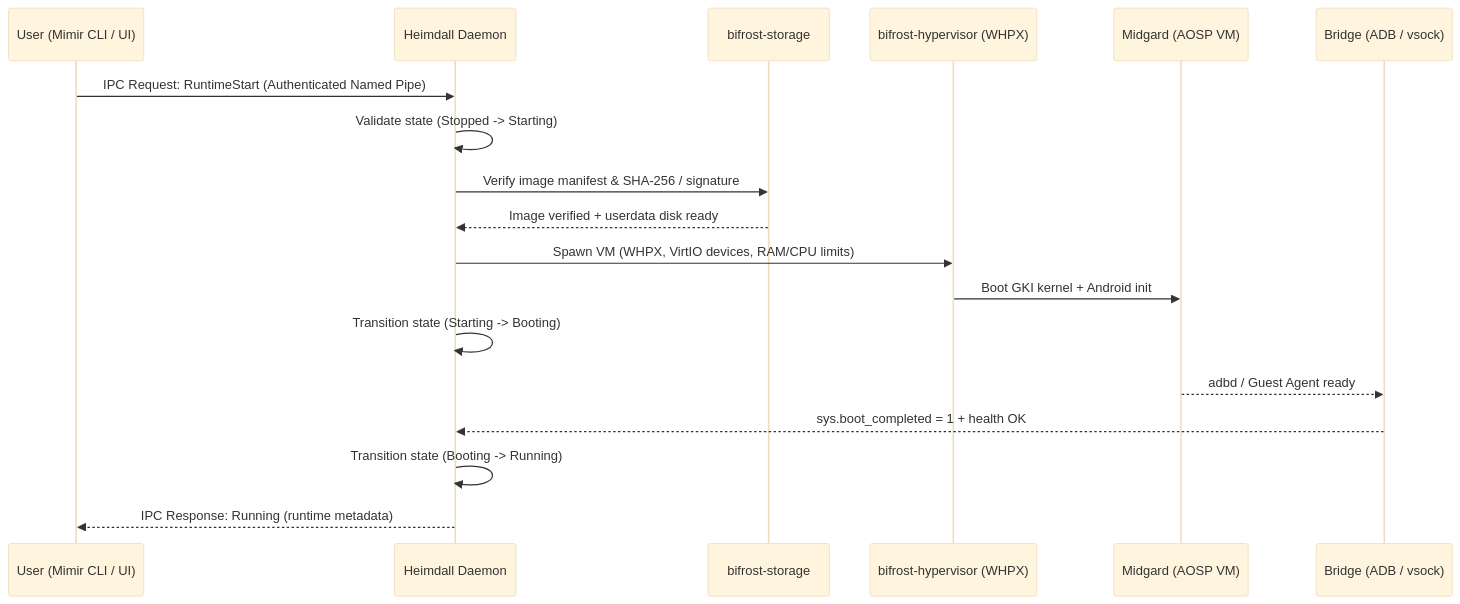
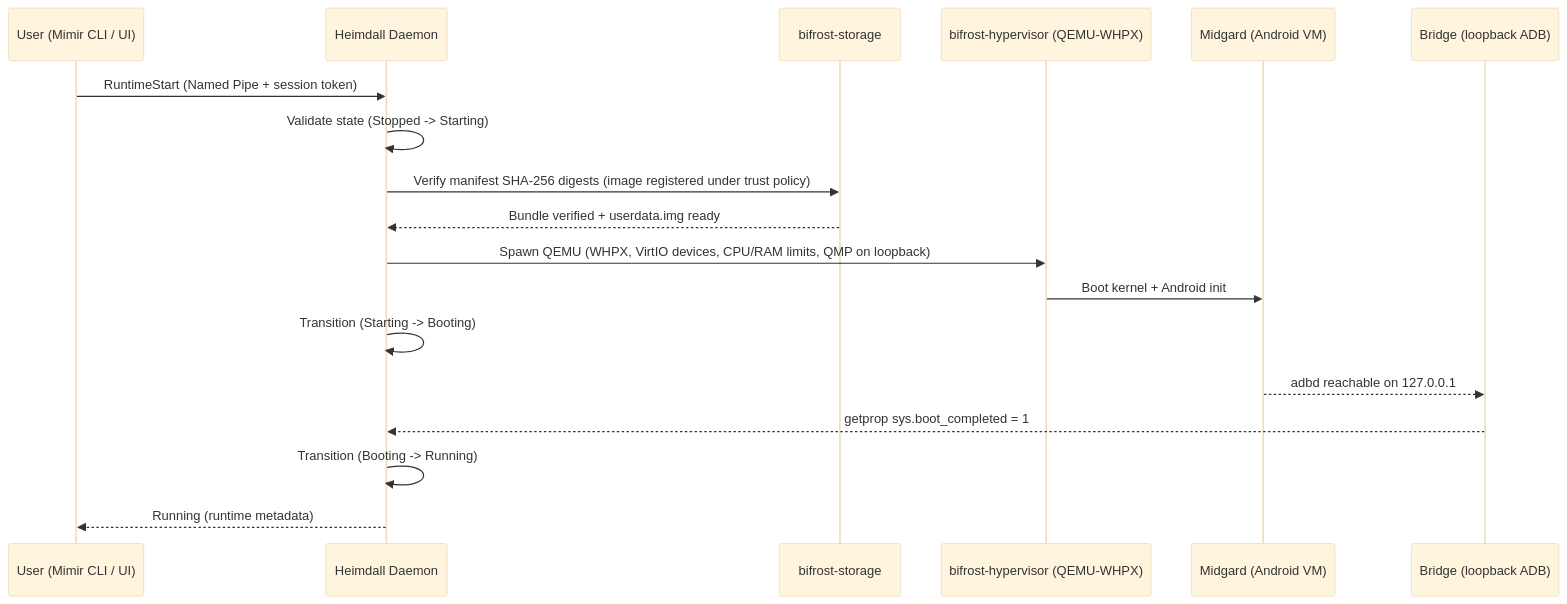
The second of 2 diagrams in ARCHITECTURE.md (kiramman-mp3/bifrost), drawn with Mermaid (base theme) before and after one commit. The commit also changed other lines of this file, not shown here.

Commit message:
docs: rewrite ARCHITECTURE.md to reflect the v0.3.x implementation

````diff
--- a/ARCHITECTURE.md
+++ b/ARCHITECTURE.md
@@ -125,21 +109,21 @@
 ```mermaid
 sequenceDiagram
     participant User as User (Mimir CLI / UI)
     participant Heimdall as Heimdall Daemon
     participant Storage as bifrost-storage
-    participant Hypervisor as bifrost-hypervisor (WHPX)
-    participant Midgard as Midgard (AOSP VM)
-    participant Bridge as Bridge (ADB / vsock)
+    participant Hypervisor as bifrost-hypervisor (QEMU-WHPX)
+    participant Midgard as Midgard (Android VM)
+    participant Bridge as Bridge (loopback ADB)
 
-    User->>Heimdall: IPC Request: RuntimeStart (Authenticated Named Pipe)
+    User->>Heimdall: RuntimeStart (Named Pipe + session token)
     Heimdall->>Heimdall: Validate state (Stopped -> Starting)
-    Heimdall->>Storage: Verify image manifest & SHA-256 / signature
-    Storage-->>Heimdall: Image verified + userdata disk ready
-    Heimdall->>Hypervisor: Spawn VM (WHPX, VirtIO devices, RAM/CPU limits)
-    Hypervisor->>Midgard: Boot GKI kernel + Android init
-    Heimdall->>Heimdall: Transition state (Starting -> Booting)
-    Midgard-->>Bridge: adbd / Guest Agent ready
-    Bridge-->>Heimdall: sys.boot_completed = 1 + health OK
-    Heimdall->>Heimdall: Transition state (Booting -> Running)
-    Heimdall-->>User: IPC Response: Running (runtime metadata)
+    Heimdall->>Storage: Verify manifest SHA-256 digests (image registered under trust policy)
+    Storage-->>Heimdall: Bundle verified + userdata.img ready
+    Heimdall->>Hypervisor: Spawn QEMU (WHPX, VirtIO devices, CPU/RAM limits, QMP on loopback)
+    Hypervisor->>Midgard: Boot kernel + Android init
+    Heimdall->>Heimdall: Transition (Starting -> Booting)
+    Midgard-->>Bridge: adbd reachable on 127.0.0.1
+    Bridge-->>Heimdall: getprop sys.boot_completed = 1
+    Heimdall->>Heimdall: Transition (Booting -> Running)
+    Heimdall-->>User: Running (runtime metadata)
 ```
````
